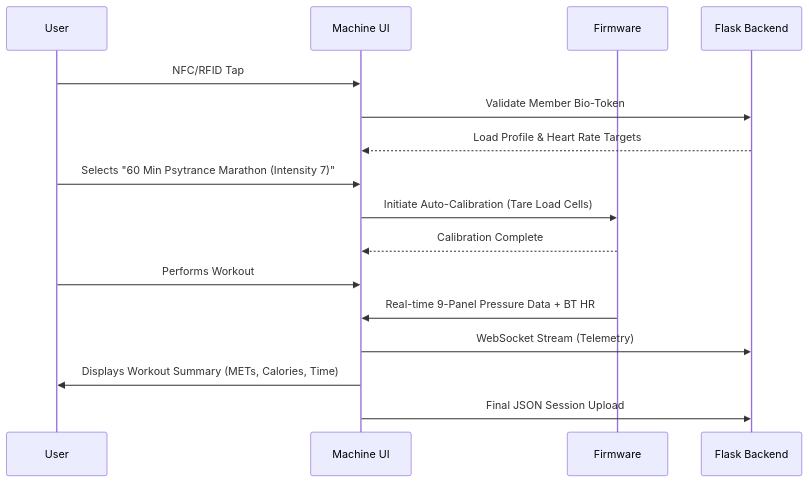
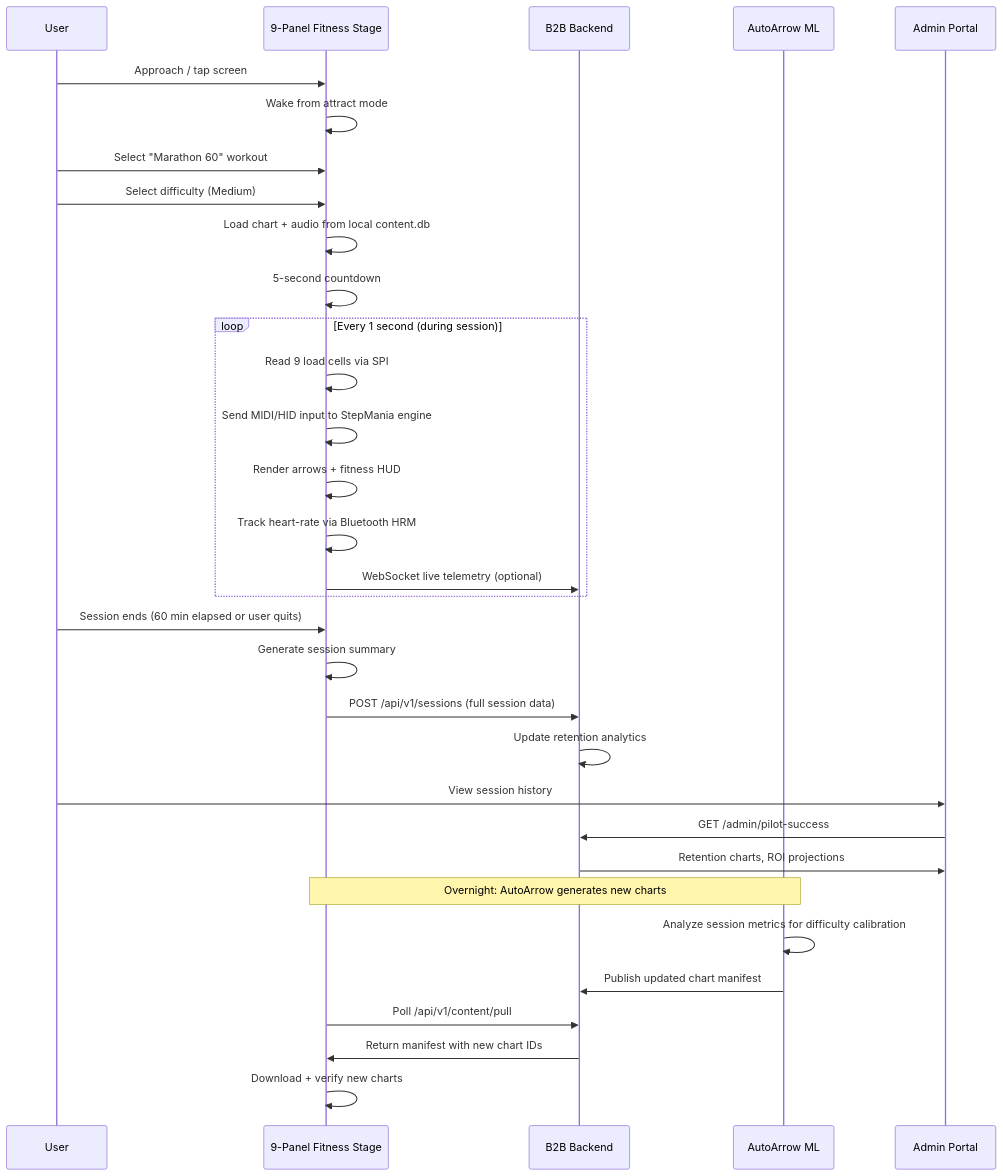
One commit to robertpelloni/planet_fitness_stepmaniax_agent changed the second of 2 diagrams in docs/ai/design/01_custom_9panel_fitness_platform_architecture.md. Above: the diagram before and after it, drawn with Mermaid. The commit also changed other lines of this file and 12 other files, not shown here.

````diff
--- a/docs/ai/design/01_custom_9panel_fitness_platform_architecture.md
+++ b/docs/ai/design/01_custom_9panel_fitness_platform_architecture.md
@@ -33,19 +85,40 @@
 ```mermaid
 sequenceDiagram
     participant User
-    participant Machine UI
-    participant Firmware
-    participant Flask Backend
+    participant Machine as 9-Panel Fitness Stage
+    participant Backend as B2B Backend
+    participant ML as AutoArrow ML
+    participant Admin as Admin Portal
 
-    User->>Machine UI: NFC/RFID Tap
-    Machine UI->>Flask Backend: Validate Member Bio-Token
-    Flask Backend-->>Machine UI: Load Profile & Heart Rate Targets
-    User->>Machine UI: Selects "60 Min Psytrance Marathon (Intensity 7)"
-    Machine UI->>Firmware: Initiate Auto-Calibration (Tare Load Cells)
-    Firmware-->>Machine UI: Calibration Complete
-    User->>Machine UI: Performs Workout
-    Firmware->>Machine UI: Real-time 9-Panel Pressure Data + BT HR
-    Machine UI->>Flask Backend: WebSocket Stream (Telemetry)
-    Machine UI->>User: Displays Workout Summary (METs, Calories, Time)
-    Machine UI->>Flask Backend: Final JSON Session Upload
+    User->>Machine: Approach / tap screen
+    Machine->>Machine: Wake from attract mode
+
+    User->>Machine: Select "Marathon 60" workout
+    User->>Machine: Select difficulty (Medium)
+    Machine->>Machine: Load chart + audio from local content.db
+    Machine->>Machine: 5-second countdown
+
+    loop Every 1 second (during session)
+        Machine->>Machine: Read 9 load cells via SPI
+        Machine->>Machine: Send MIDI/HID input to StepMania engine
+        Machine->>Machine: Render arrows + fitness HUD
+        Machine->>Machine: Track heart-rate via Bluetooth HRM
+        Machine->>Backend: WebSocket live telemetry (optional)
+    end
+
+    User->>Machine: Session ends (60 min elapsed or user quits)
+    Machine->>Machine: Generate session summary
+    Machine->>Backend: POST /api/v1/sessions (full session data)
+    Backend->>Backend: Update retention analytics
+
+    User->>Admin: View session history
+    Admin->>Backend: GET /admin/pilot-success
+    Backend->>Admin: Retention charts, ROI projections
+
+    Note over ML, Machine: Overnight: AutoArrow generates new charts
+    ML->>ML: Analyze session metrics for difficulty calibration
+    ML->>Backend: Publish updated chart manifest
+    Machine->>Backend: Poll /api/v1/content/pull
+    Backend->>Machine: Return manifest with new chart IDs
+    Machine->>Machine: Download + verify new charts
 ```
````
